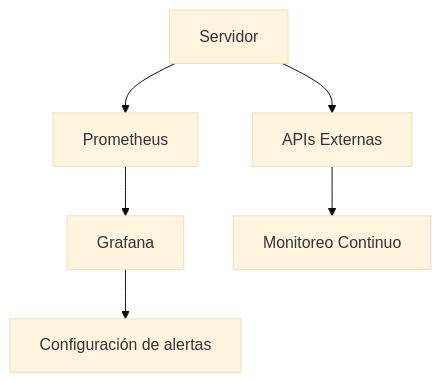
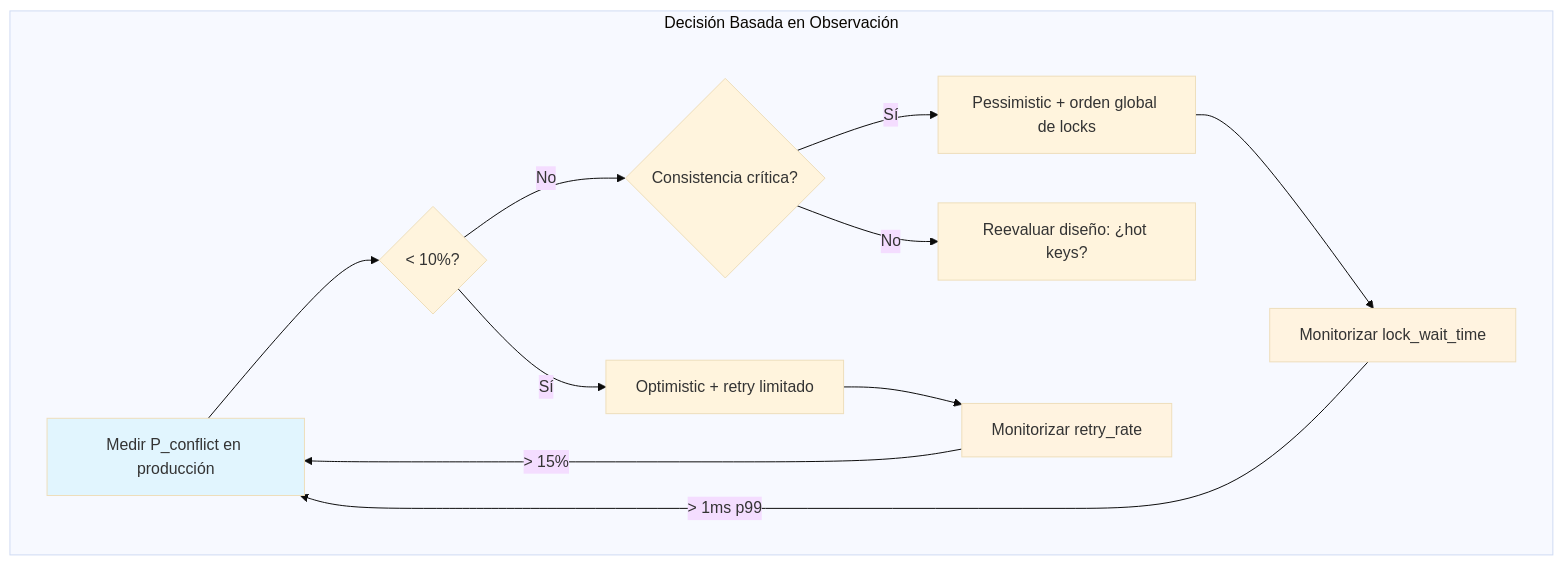
The first of 5 diagrams in _Review/optimistic_vs_pessimistic_locking/optimistic_vs_pessimistic_locking.md (Joaquinriosheredia/DAM-Java-Mastery), drawn with Mermaid (base theme) before and after one commit. The commit also changed other lines of this file, not shown here.

Commit message:
optimistic_vs_pessimistic_locking.md

````diff
--- a/_Review/optimistic_vs_pessimistic_locking/optimistic_vs_pessimistic_locking.md
+++ b/_Review/optimistic_vs_pessimistic_locking/optimistic_vs_pessimistic_locking.md
@@ -521,8 +72,20 @@
 ```mermaid
 graph TD
-    A[Servidor] --> B[Prometheus];
-    B --> C[Grafana];
-    C --> D[Configuración de alertas];
-    A --> E[APIs Externas];
-    E --> F[Monitoreo Continuo];
+    subgraph "Decisión Basada en Observación"
+        A[Medir P_conflict en producción] --> B{< 10%?}
+        B -->|Sí| C[Optimistic + retry limitado]
+        B -->|No| D{Consistencia crítica?}
+        D -->|Sí| E[Pessimistic + orden global de locks]
+        D -->|No| F[Reevaluar diseño: ¿hot keys?]
+        
+        C --> G[Monitorizar retry_rate]
+        E --> H[Monitorizar lock_wait_time]
+        
+        G -->|> 15%| A
+        H -->|> 1ms p99| A
+    end
+    
+    style A fill:#e1f5fe
+    style G fill:#fff3e0
+    style H fill:#fff3e0
 ```
````
